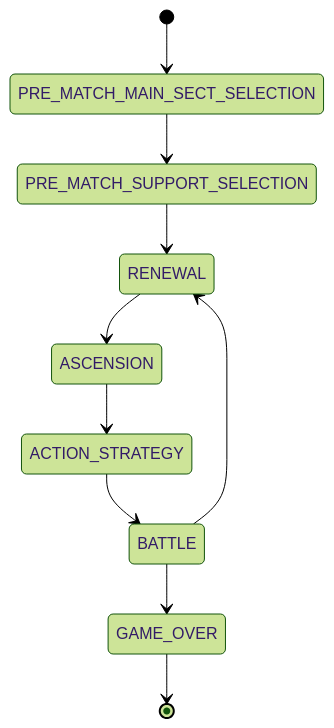
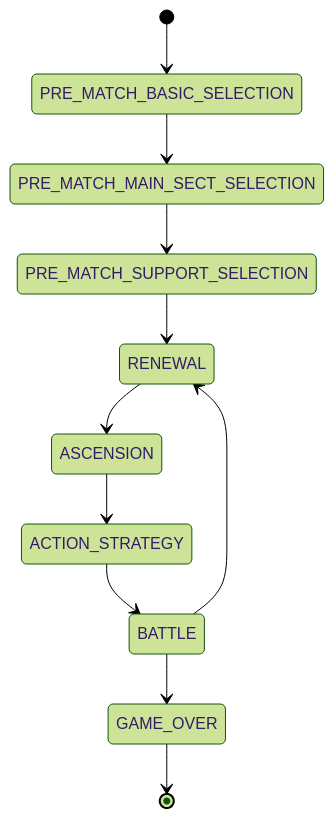
The diagram in API_WEBSOCKET_CONTRACT.md (UmiKuni/swordverse), drawn with Mermaid (forest theme) before and after one commit. The commit also changed other lines of this file and 3 other files, not shown here.

Commit message:
chore: update database schema and api

````diff
--- a/API_WEBSOCKET_CONTRACT.md
+++ b/API_WEBSOCKET_CONTRACT.md
@@ -972,12 +1040,13 @@
 ```mermaid
 stateDiagram-v2
-  [*] --> PRE_MATCH_MAIN_SECT_SELECTION
+  [*] --> PRE_MATCH_BASIC_SELECTION
+  PRE_MATCH_BASIC_SELECTION --> PRE_MATCH_MAIN_SECT_SELECTION
   PRE_MATCH_MAIN_SECT_SELECTION --> PRE_MATCH_SUPPORT_SELECTION
   PRE_MATCH_SUPPORT_SELECTION --> RENEWAL
   RENEWAL --> ASCENSION
   ASCENSION --> ACTION_STRATEGY
   ACTION_STRATEGY --> BATTLE
   BATTLE --> RENEWAL
   BATTLE --> GAME_OVER
   GAME_OVER --> [*]
 ```
````
